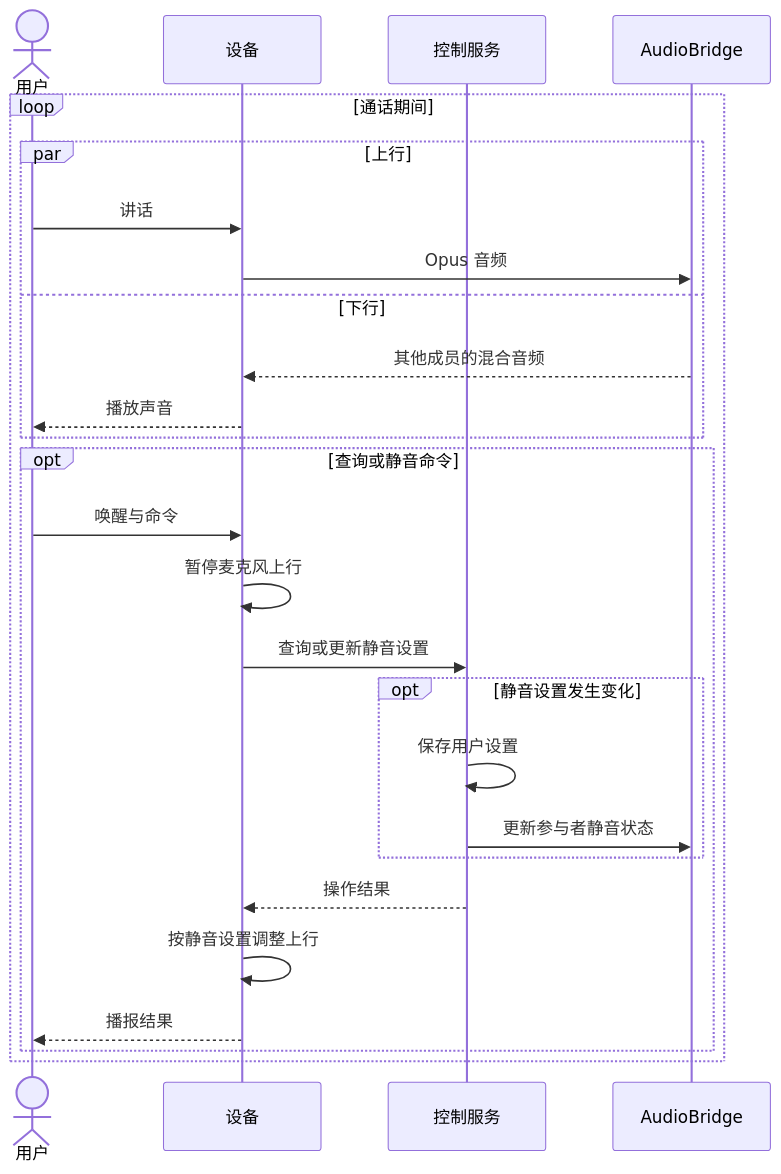
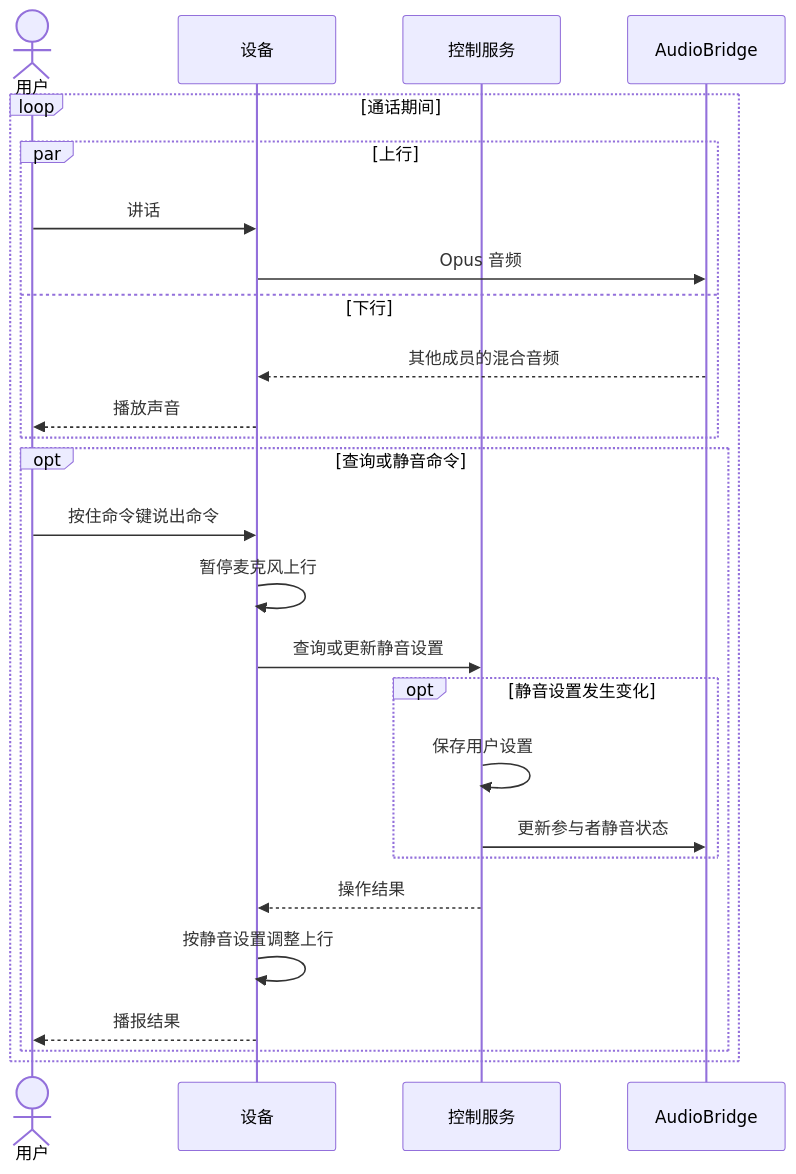
One commit to Shi1xin/linx-intercom changed the fourth of 7 diagrams in docs/architecture-design.md. Above: the diagram before and after it, drawn with Mermaid. The commit also changed other lines of this file and 1 other file, not shown here.

````diff
--- a/docs/architecture-design.md
+++ b/docs/architecture-design.md
@@ -113,28 +113,28 @@
 ```mermaid
 sequenceDiagram
     actor U as 用户
     participant D as 设备
     participant C as 控制服务
     participant J as AudioBridge
     loop 通话期间
         par 上行
             U->>D: 讲话
             D->>J: Opus 音频
         and 下行
             J-->>D: 其他成员的混合音频
             D-->>U: 播放声音
         end
         opt 查询或静音命令
-            U->>D: 唤醒与命令
+            U->>D: 按住命令键说出命令
             D->>D: 暂停麦克风上行
             D->>C: 查询或更新静音设置
             opt 静音设置发生变化
                 C->>C: 保存用户设置
                 C->>J: 更新参与者静音状态
             end
             C-->>D: 操作结果
             D->>D: 按静音设置调整上行
             D-->>U: 播报结果
         end
     end
 ```
````
